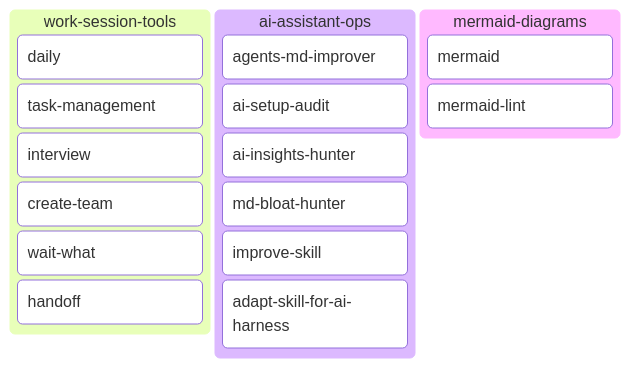
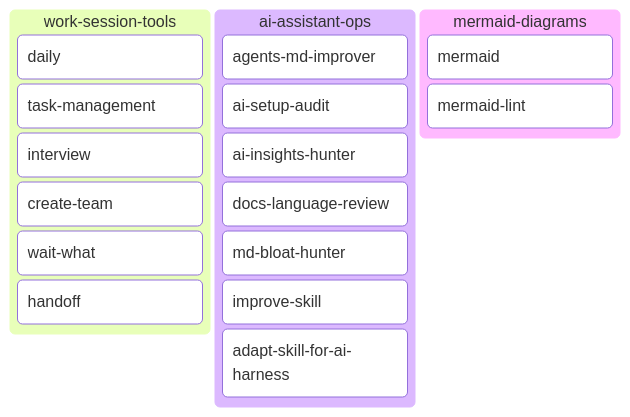
Before and after one commit to Alex-Kopylov/zweihander: the second of 4 diagrams in README.md, drawn with Mermaid. The commit also changed other lines of this file and 13 other files, not shown here.

````diff
--- a/README.md
+++ b/README.md
@@ -52,20 +52,21 @@
 ```mermaid
 kanban
   work_session_tools[work-session-tools]
     wst_daily[daily]
     wst_task_management[task-management]
     wst_interview[interview]
     wst_create_team[create-team]
     wst_wait_what[wait-what]
     wst_handoff[handoff]
   ai_assistant_ops[ai-assistant-ops]
     aao_agents_md_improver[agents-md-improver]
     aao_ai_setup_audit[ai-setup-audit]
     aao_ai_insights_hunter[ai-insights-hunter]
+    aao_docs_language_review[docs-language-review]
     aao_md_bloat_hunter[md-bloat-hunter]
     aao_improve_skill[improve-skill]
     aao_adapt_skill_for_ai_harness[adapt-skill-for-ai-harness]
   mermaid_diagrams[mermaid-diagrams]
     md_mermaid[mermaid]
     md_mermaid_lint[mermaid-lint]
 ```
````
